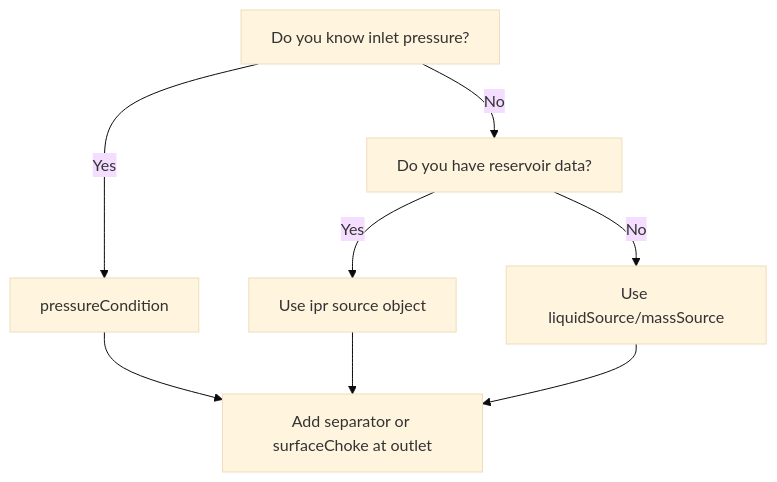
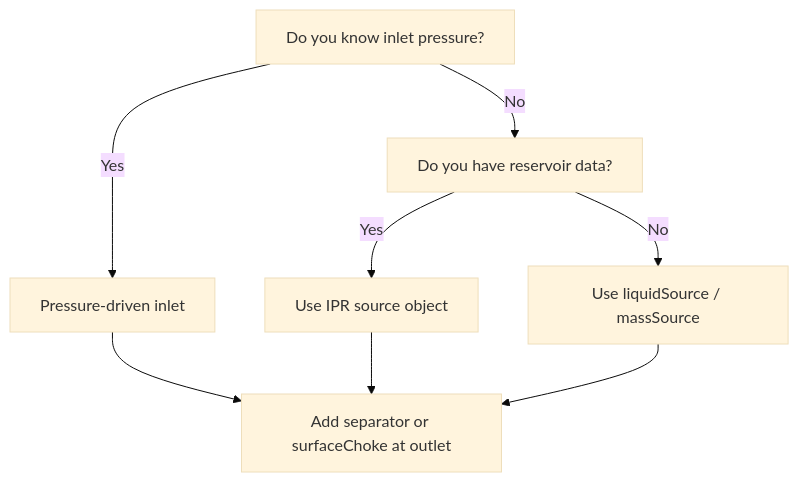
Before and after one commit to pedrorigon/marlim3: the diagram in docs/user-guide/boundary-conditions.md, drawn with Mermaid (base theme). The commit also changed other lines of this file and 9 other files, not shown here.

````diff
--- a/docs/user-guide/boundary-conditions.md
+++ b/docs/user-guide/boundary-conditions.md
@@ -78,10 +131,10 @@
 ```mermaid
 graph TD
-    A[Do you know inlet pressure?] -->|Yes| B[pressureCondition]
+    A[Do you know inlet pressure?] -->|Yes| B[Pressure-driven inlet]
     A -->|No| C[Do you have reservoir data?]
-    C -->|Yes| D[Use ipr source object]
-    C -->|No| E[Use liquidSource/massSource]
+    C -->|Yes| D[Use IPR source object]
+    C -->|No| E[Use liquidSource / massSource]
     B --> F[Add separator or surfaceChoke at outlet]
     D --> F
     E --> F
 ```
````
